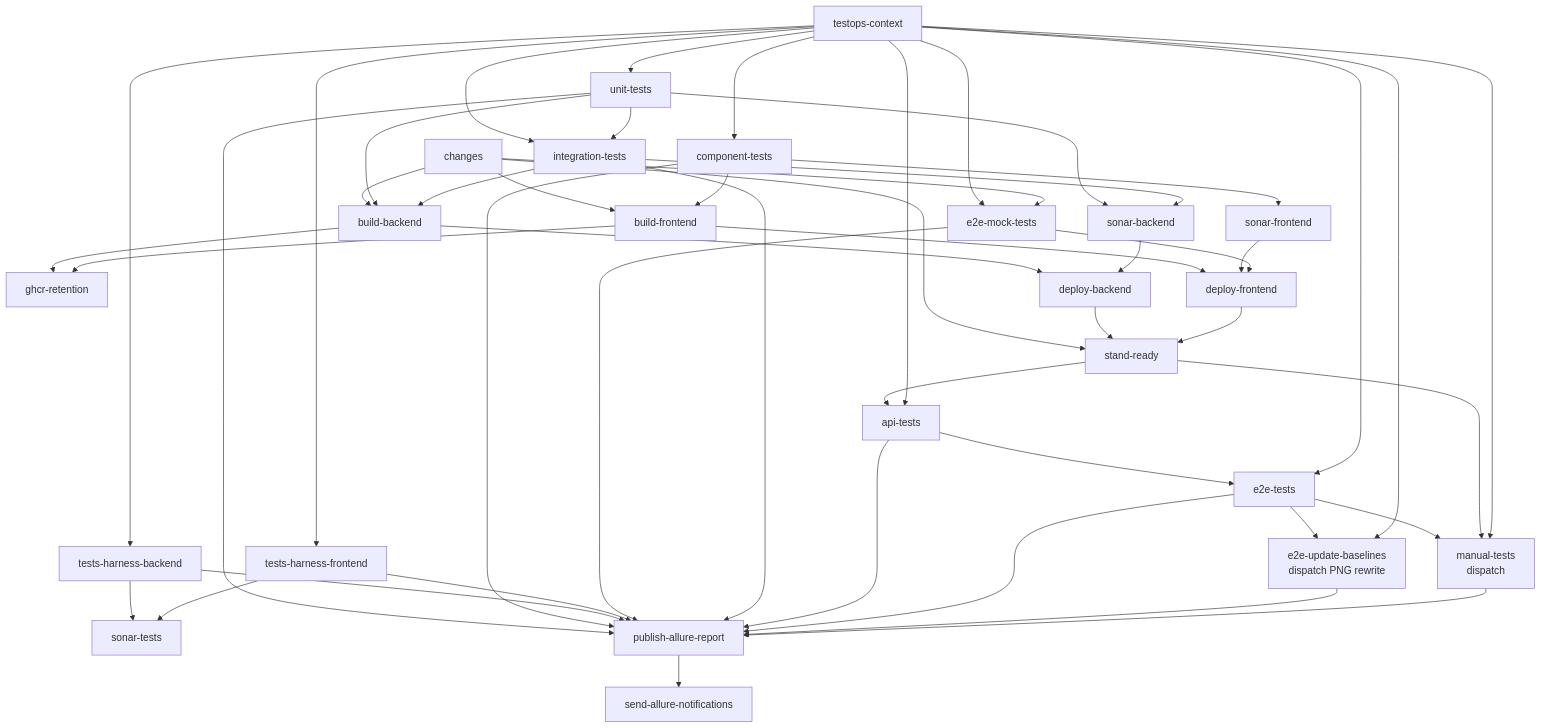
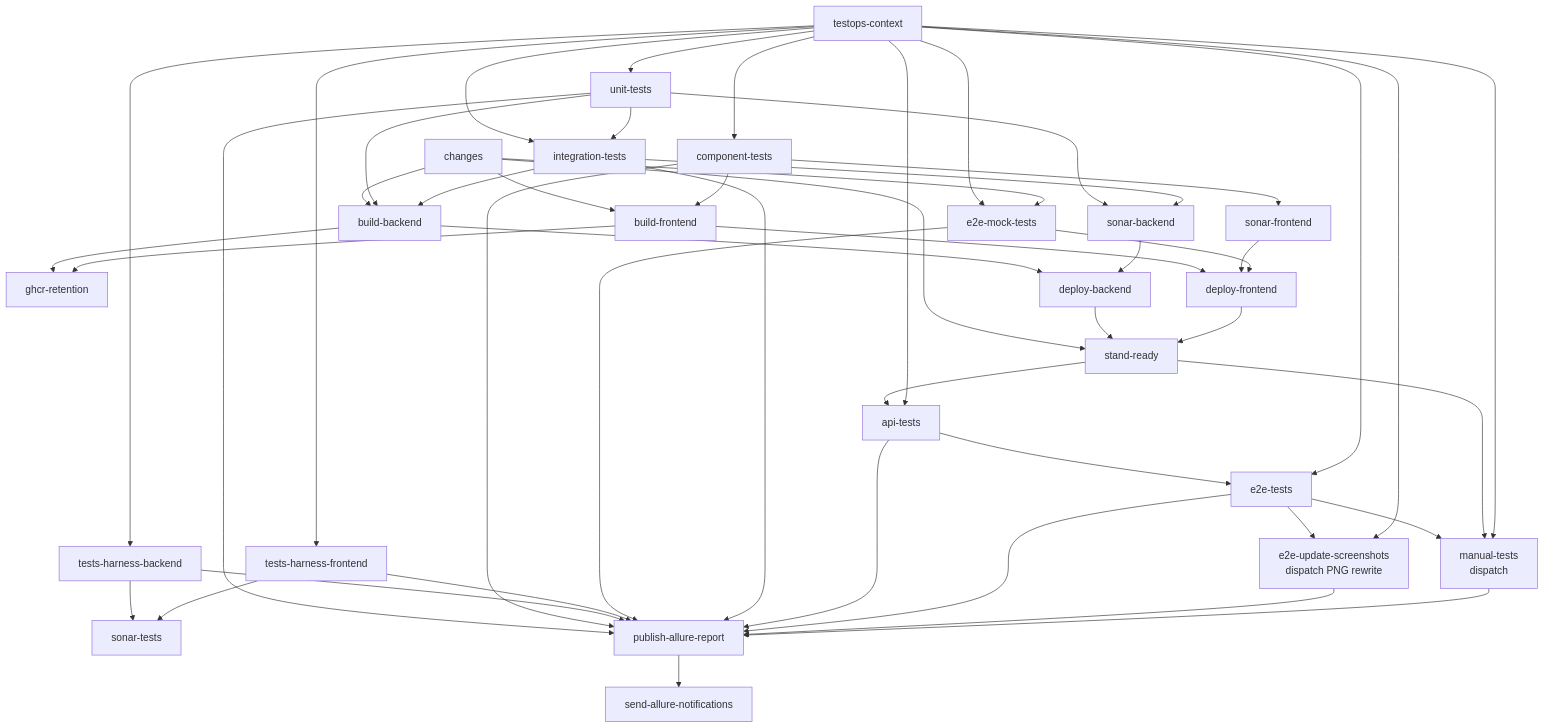
The diagram in README.md (autotests-ai/autotests-ai-multistack-app), drawn with Mermaid before and after one commit. The commit also changed other lines of this file and 14 other files, not shown here.

````diff
--- a/README.md
+++ b/README.md
@@ -77,54 +77,54 @@
 ```mermaid
 flowchart TB
   TOC[testops-context]
   CH[changes]
 
   TOC --> UNIT[unit-tests]
   TOC --> COMP[component-tests]
   TOC --> HB[tests-harness-backend]
   TOC --> HF[tests-harness-frontend]
   TOC --> MOCK[e2e-mock-tests]
   TOC --> INT[integration-tests]
 
   CH --> MOCK
   CH --> BB
   CH --> BF
   CH --> READY
 
   UNIT --> INT
   UNIT --> SB[sonar-backend]
   INT --> SB
   COMP --> SF[sonar-frontend]
   HB --> ST[sonar-tests]
   HF --> ST
 
   UNIT --> BB[build-backend]
   INT --> BB
   COMP --> BF[build-frontend]
   BB & BF --> GHCR[ghcr-retention]
 
   BB --> DB[deploy-backend]
   SB --> DB
 
   BF --> DF[deploy-frontend]
   SF --> DF
   MOCK --> DF
 
   DB --> READY[stand-ready]
   DF --> READY
 
   READY --> API[api-tests]
   TOC --> API
 
   API --> E2E[e2e-tests]
   TOC --> E2E
 
-  E2E --> BASE[e2e-update-baselines<br/>dispatch PNG rewrite]
+  E2E --> BASE[e2e-update-screenshots<br/>dispatch PNG rewrite]
   E2E --> MAN[manual-tests<br/>dispatch]
   READY --> MAN
   TOC --> BASE
   TOC --> MAN
 
   UNIT & COMP & HB & HF & MOCK & INT & API & E2E & BASE & MAN --> PUB[publish-allure-report]
   PUB --> NTF[send-allure-notifications]
 ```
````
